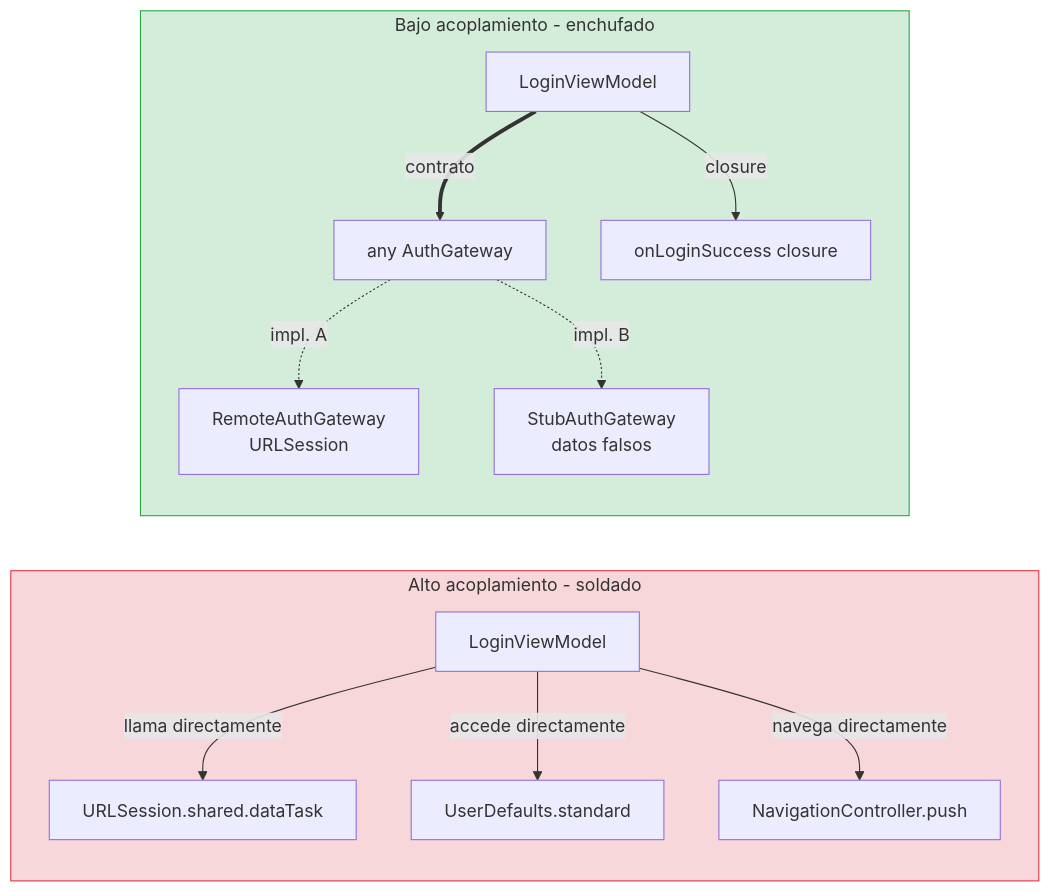
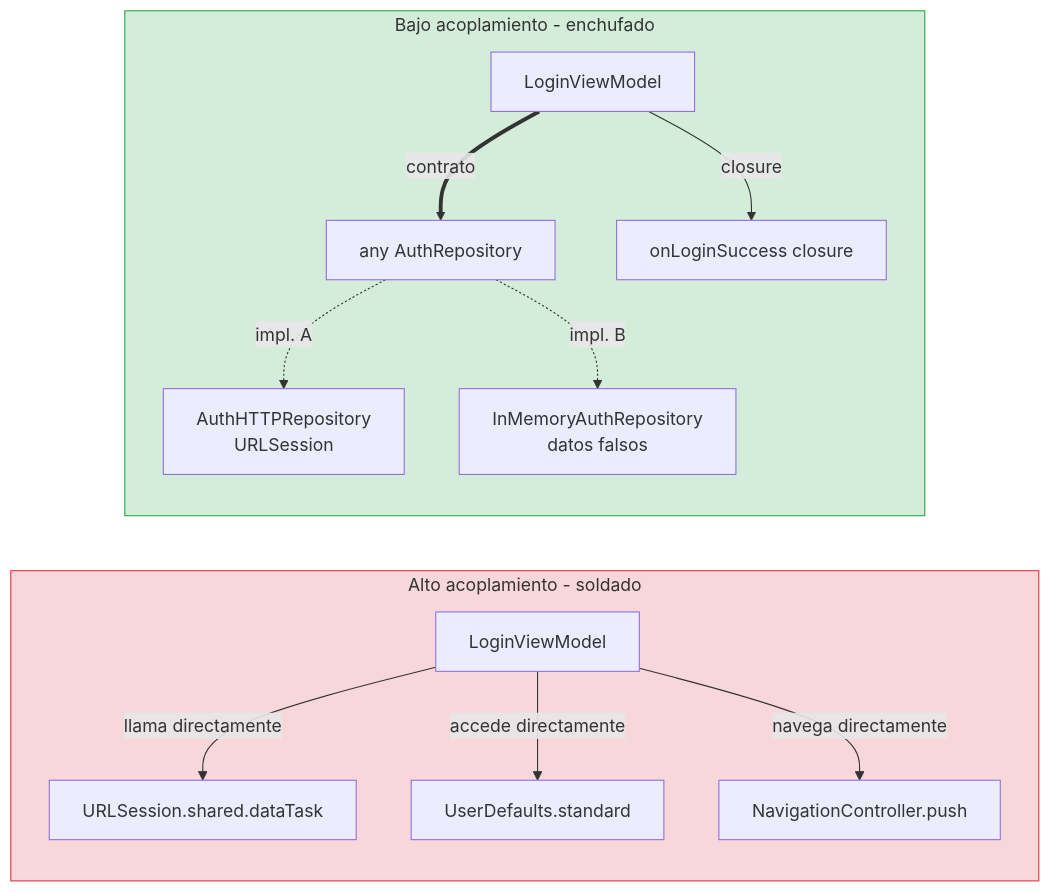
The first of 2 diagrams in 01-fundamentos/01-principios-ingenieria.md (SwiftEnProfundidad/stack-my-architecture-ios), drawn with Mermaid before and after one commit. The commit also changed other lines of this file and 50 other files, not shown here.

````diff
--- a/01-fundamentos/01-principios-ingenieria.md
+++ b/01-fundamentos/01-principios-ingenieria.md
@@ -109,20 +109,20 @@
 ```mermaid
 graph LR
     subgraph Alto["Alto acoplamiento - soldado"]
         direction TB
         VM1["LoginViewModel"] -->|"llama directamente"| URL1["URLSession.shared.dataTask"]
         VM1 -->|"accede directamente"| UD1["UserDefaults.standard"]
         VM1 -->|"navega directamente"| NAV1["NavigationController.push"]
     end
 
     subgraph Bajo["Bajo acoplamiento - enchufado"]
         direction TB
-        VM2["LoginViewModel"] ==>|"contrato"| AUTH["any AuthGateway"]
+        VM2["LoginViewModel"] ==>|"contrato"| AUTH["any AuthRepository"]
         VM2 -->|"closure"| ONLOGIN["onLoginSuccess closure"]
-        AUTH -.->|"impl. A"| REMOTE["RemoteAuthGateway<br/>URLSession"]
-        AUTH -.->|"impl. B"| STUB["StubAuthGateway<br/>datos falsos"]
+        AUTH -.->|"impl. A"| REMOTE["AuthHTTPRepository<br/>URLSession"]
+        AUTH -.->|"impl. B"| STUB["InMemoryAuthRepository<br/>datos falsos"]
     end
 
     style Alto fill:#f8d7da,stroke:#dc3545
     style Bajo fill:#d4edda,stroke:#28a745
 ```
````
